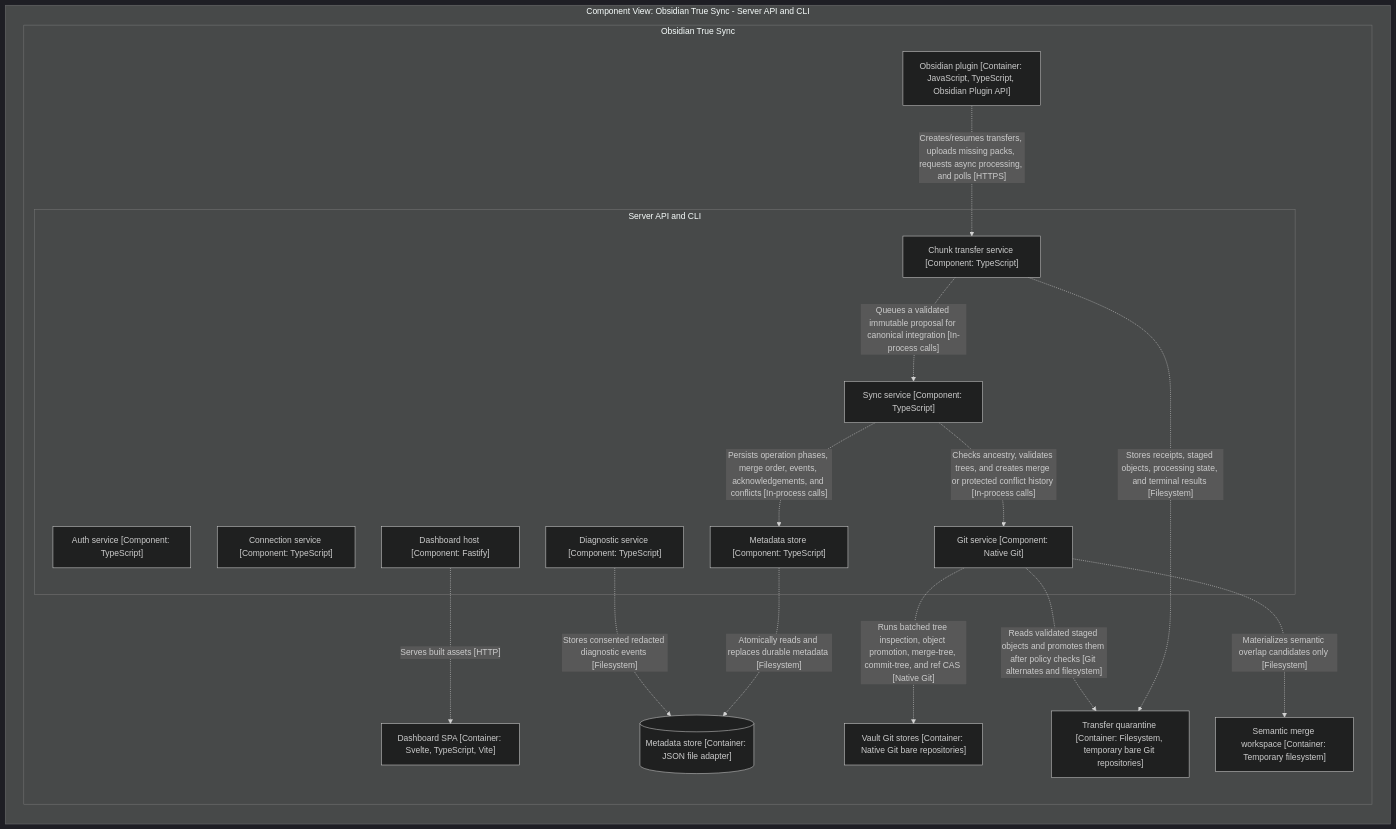
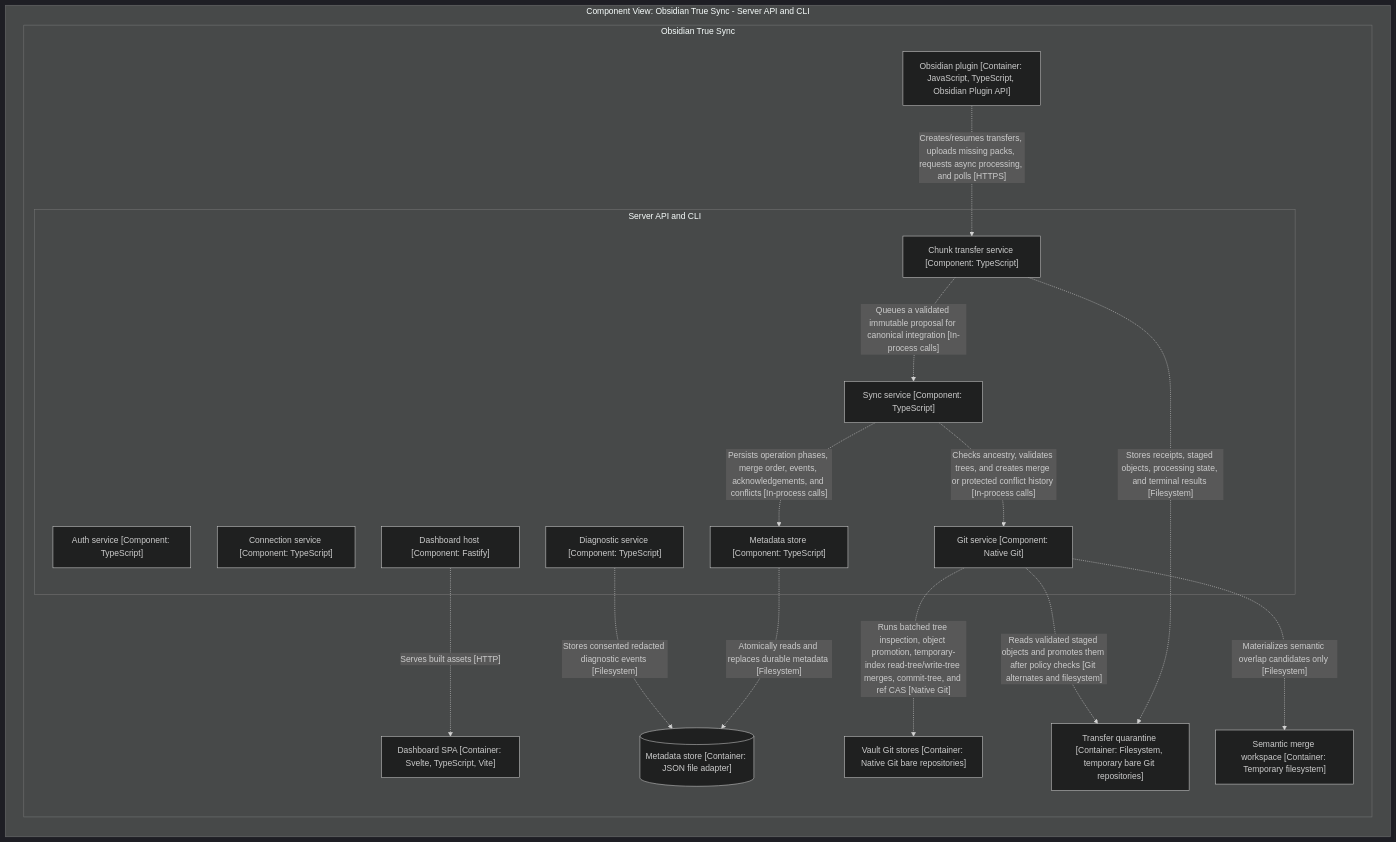
One commit to nareto/obts changed the fourth of 5 diagrams in architecture/DIAGRAMS.md. Above: the diagram before and after it, drawn with Mermaid (dark theme). The commit also changed 22 other files, not shown here.

````diff
--- a/architecture/DIAGRAMS.md
+++ b/architecture/DIAGRAMS.md
@@ -117,42 +117,42 @@
 ```mermaid
 graph LR
 
   subgraph diagram ["Component View: Obsidian True Sync - Server API and CLI"]
 
     subgraph 5 ["Obsidian True Sync"]
 
       subgraph 20 ["Server API and CLI"]
 
         21["Auth service [Component: TypeScript]"]
         22["Connection service [Component: TypeScript]"]
         23["Chunk transfer service [Component: TypeScript]"]
         24["Sync service [Component: TypeScript]"]
         25["Git service [Component: Native Git]"]
         26["Metadata store [Component: TypeScript]"]
         27["Diagnostic service [Component: TypeScript]"]
         28["Dashboard host [Component: Fastify]"]
       end
 
       15["Dashboard SPA [Container: Svelte, TypeScript, Vite]"]
       31[("Metadata store [Container: JSON file adapter]")]
       32["Vault Git stores [Container: Native Git bare repositories]"]
       33["Transfer quarantine [Container: Filesystem, temporary bare Git repositories]"]
       34["Semantic merge workspace [Container: Temporary filesystem]"]
       6["Obsidian plugin [Container: JavaScript, TypeScript, Obsidian Plugin API]"]
     end
 
     6-. "Creates/resumes transfers, uploads missing packs, requests async processing, and polls [HTTPS]" .->23
     23-. "Stores receipts, staged objects, processing state, and terminal results [Filesystem]" .->33
     23-. "Queues a validated immutable proposal for canonical integration [In-process calls]" .->24
     24-. "Checks ancestry, validates trees, and creates merge or protected conflict history [In-process calls]" .->25
     24-. "Persists operation phases, merge order, events, acknowledgements, and conflicts [In-process calls]" .->26
-    25-. "Runs batched tree inspection, object promotion, merge-tree, commit-tree, and ref CAS [Native Git]" .->32
+    25-. "Runs batched tree inspection, object promotion, temporary-index read-tree/write-tree merges, commit-tree, and ref CAS [Native Git]" .->32
     25-. "Reads validated staged objects and promotes them after policy checks [Git alternates and filesystem]" .->33
     25-. "Materializes semantic overlap candidates only [Filesystem]" .->34
     26-. "Atomically reads and replaces durable metadata [Filesystem]" .->31
     28-. "Serves built assets [HTTP]" .->15
     27-. "Stores consented redacted diagnostic events [Filesystem]" .->31
 
   end
 
 ```
````
